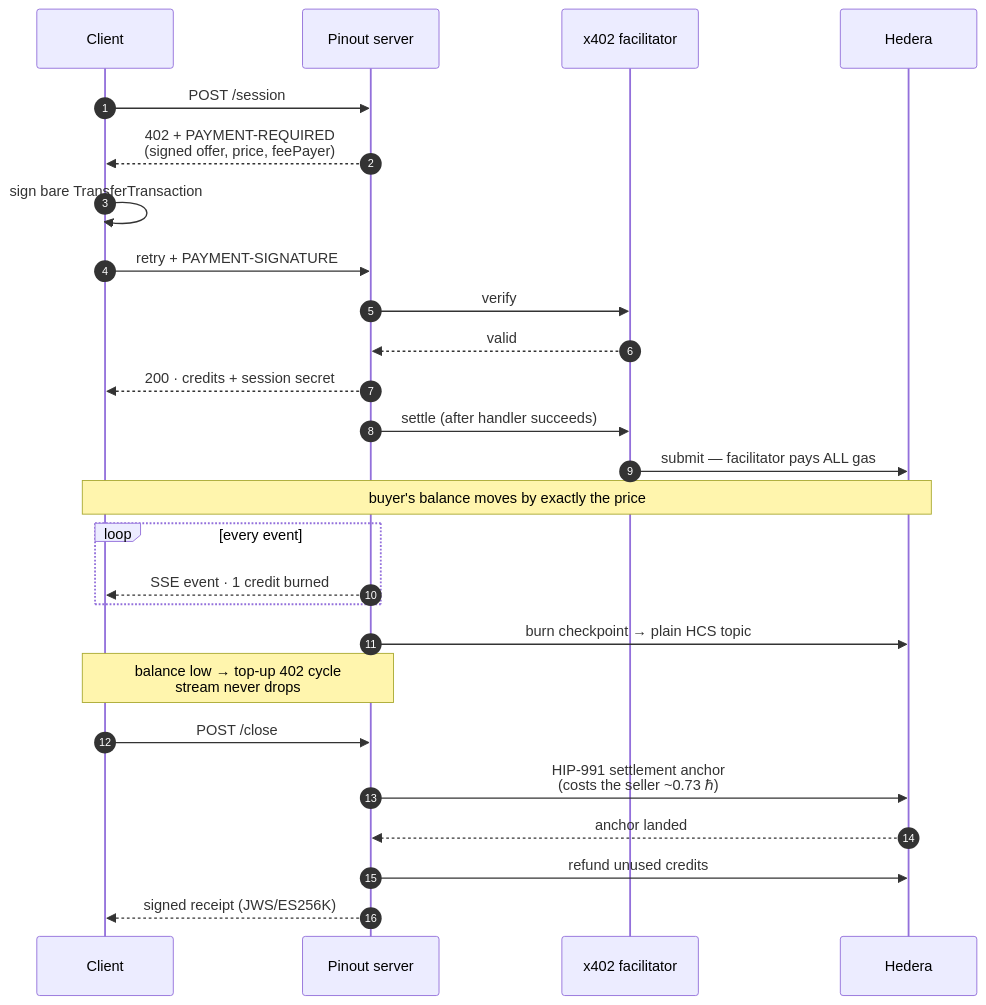
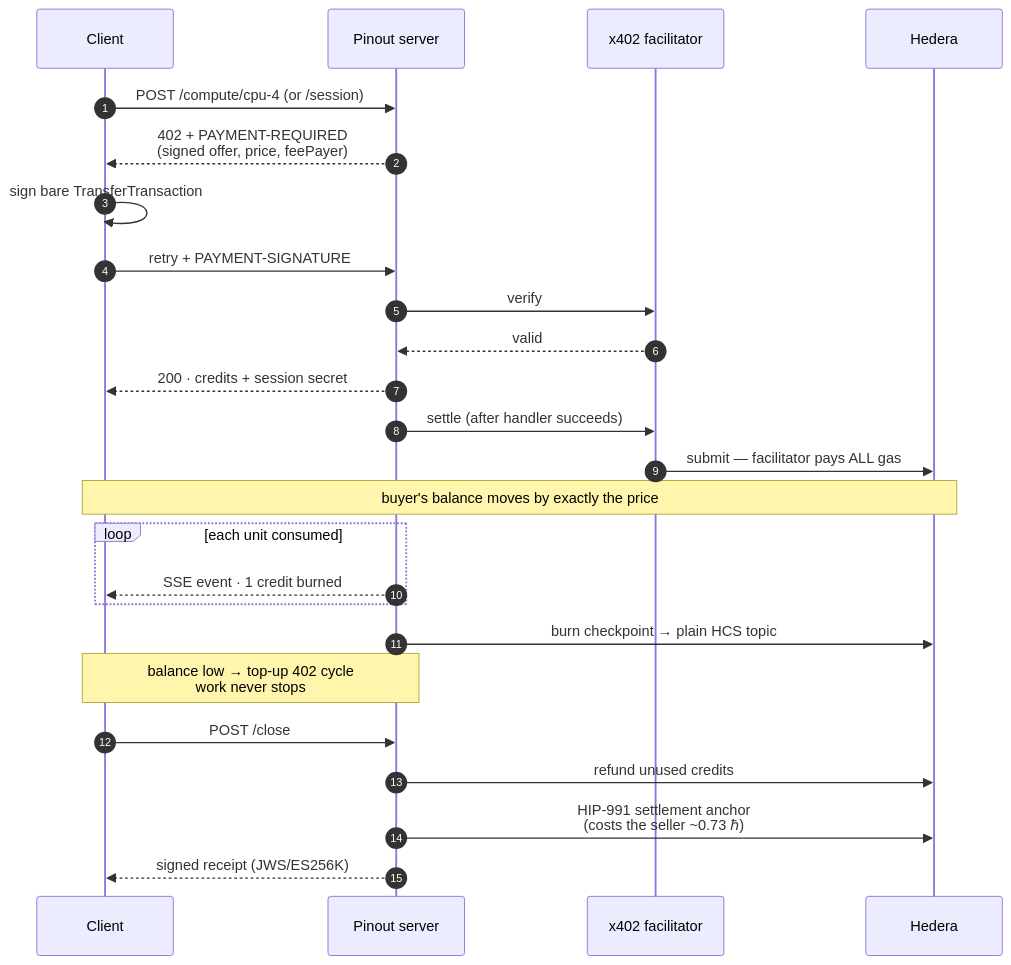
One commit to hitakshiA/pinout changed the first of 5 diagrams in README.md. Above: the diagram before and after it, drawn with Mermaid. The commit also changed other lines of this file and 2 other files, not shown here.

````diff
--- a/README.md
+++ b/README.md
@@ -42,31 +61,30 @@
 ```mermaid
 sequenceDiagram
     autonumber
     participant C as Client
     participant S as Pinout server
     participant F as x402 facilitator
     participant H as Hedera
 
-    C->>S: POST /session
+    C->>S: POST /compute/cpu-4  (or /session)
     S-->>C: 402 + PAYMENT-REQUIRED<br/>(signed offer, price, feePayer)
     C->>C: sign bare TransferTransaction
     C->>S: retry + PAYMENT-SIGNATURE
     S->>F: verify
     F-->>S: valid
     S-->>C: 200 · credits + session secret
     S->>F: settle (after handler succeeds)
     F->>H: submit — facilitator pays ALL gas
     Note over C,H: buyer's balance moves by exactly the price
 
-    loop every event
+    loop each unit consumed
         S-->>C: SSE event · 1 credit burned
     end
     S->>H: burn checkpoint → plain HCS topic
-    Note over C,S: balance low → top-up 402 cycle<br/>stream never drops
+    Note over C,S: balance low → top-up 402 cycle<br/>work never stops
 
     C->>S: POST /close
+    S->>H: refund unused credits
     S->>H: HIP-991 settlement anchor<br/>(costs the seller ~0.73 ℏ)
-    H-->>S: anchor landed
-    S->>H: refund unused credits
     S-->>C: signed receipt (JWS/ES256K)
 ```
````
